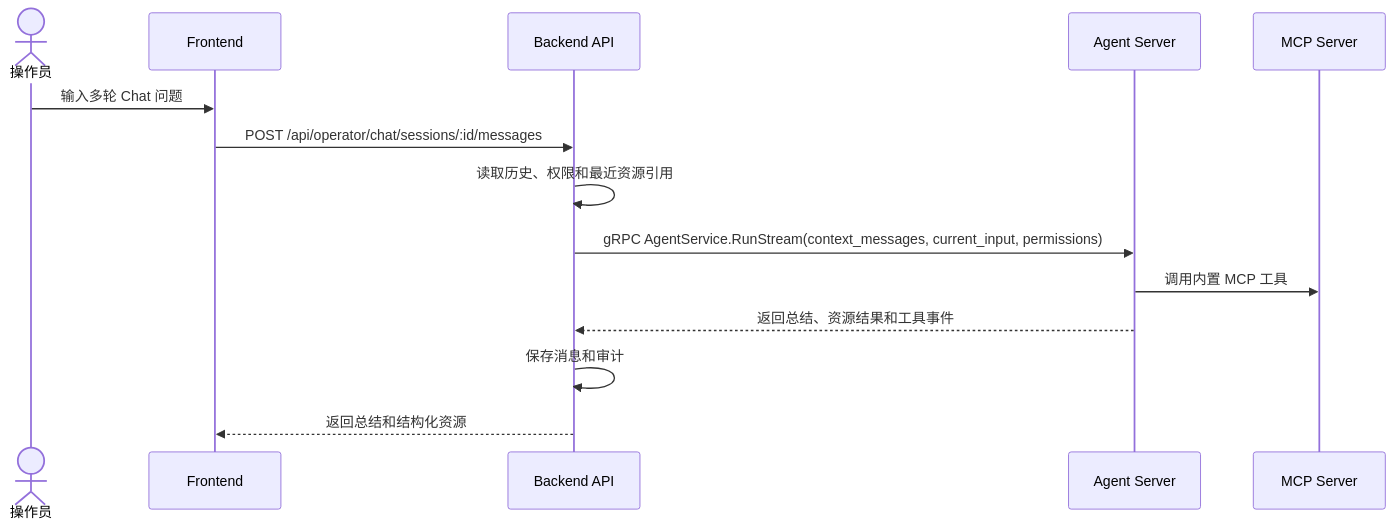
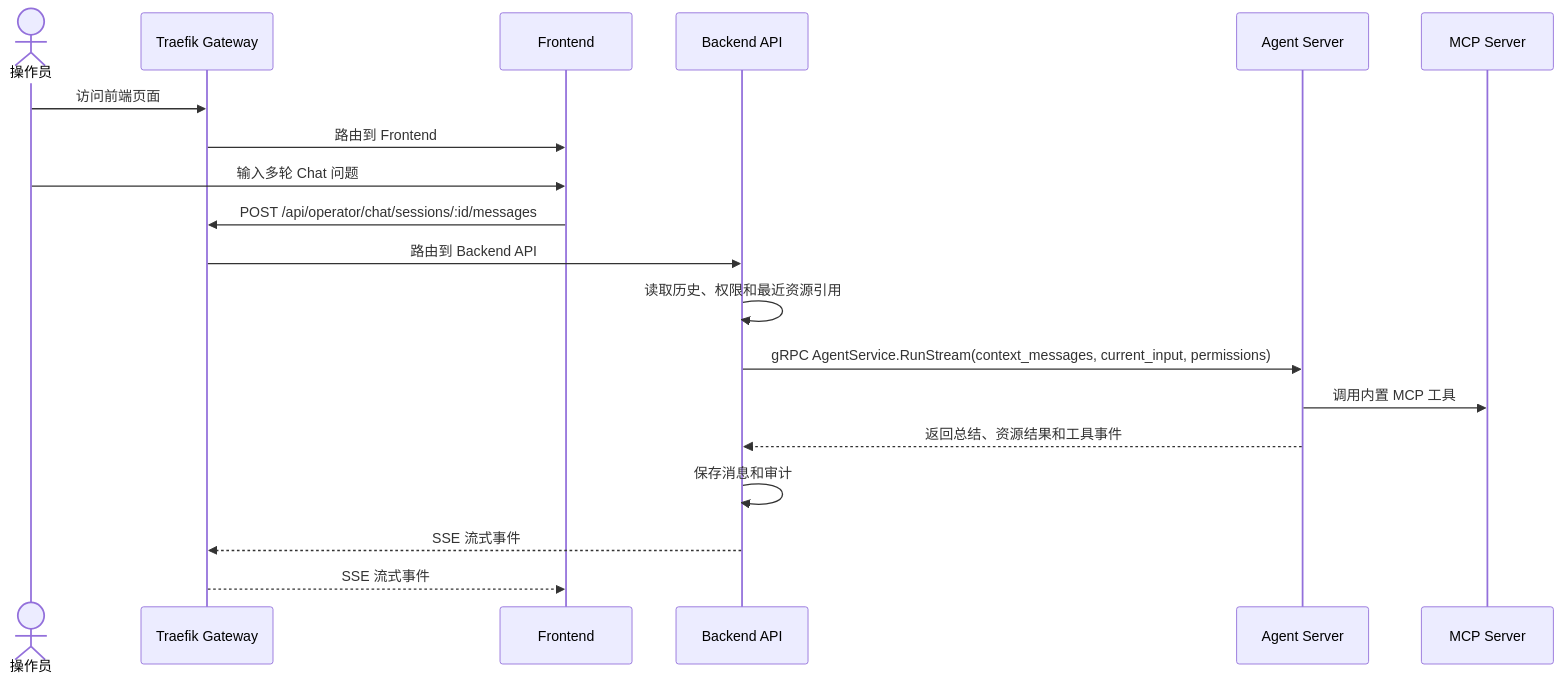
Before and after one commit to ZhaoXiangHeng/k8s-agent: the third of 5 diagrams in docs/product/user-journeys.md, drawn with Mermaid. The commit also changed other lines of this file and 91 other files, not shown here.

````diff
--- a/docs/product/user-journeys.md
+++ b/docs/product/user-journeys.md
@@ -45,17 +45,22 @@
 ```mermaid
 sequenceDiagram
   actor Operator as 操作员
+  participant Traefik as Traefik Gateway
   participant UI as Frontend
   participant API as Backend API
   participant Agent as Agent Server
   participant MCP as MCP Server
 
+  Operator->>Traefik: 访问前端页面
+  Traefik->>UI: 路由到 Frontend
   Operator->>UI: 输入多轮 Chat 问题
-  UI->>API: POST /api/operator/chat/sessions/:id/messages
+  UI->>Traefik: POST /api/operator/chat/sessions/:id/messages
+  Traefik->>API: 路由到 Backend API
   API->>API: 读取历史、权限和最近资源引用
   API->>Agent: gRPC AgentService.RunStream(context_messages, current_input, permissions)
   Agent->>MCP: 调用内置 MCP 工具
   Agent-->>API: 返回总结、资源结果和工具事件
   API->>API: 保存消息和审计
-  API-->>UI: 返回总结和结构化资源
+  API-->>Traefik: SSE 流式事件
+  Traefik-->>UI: SSE 流式事件
 ```
````
